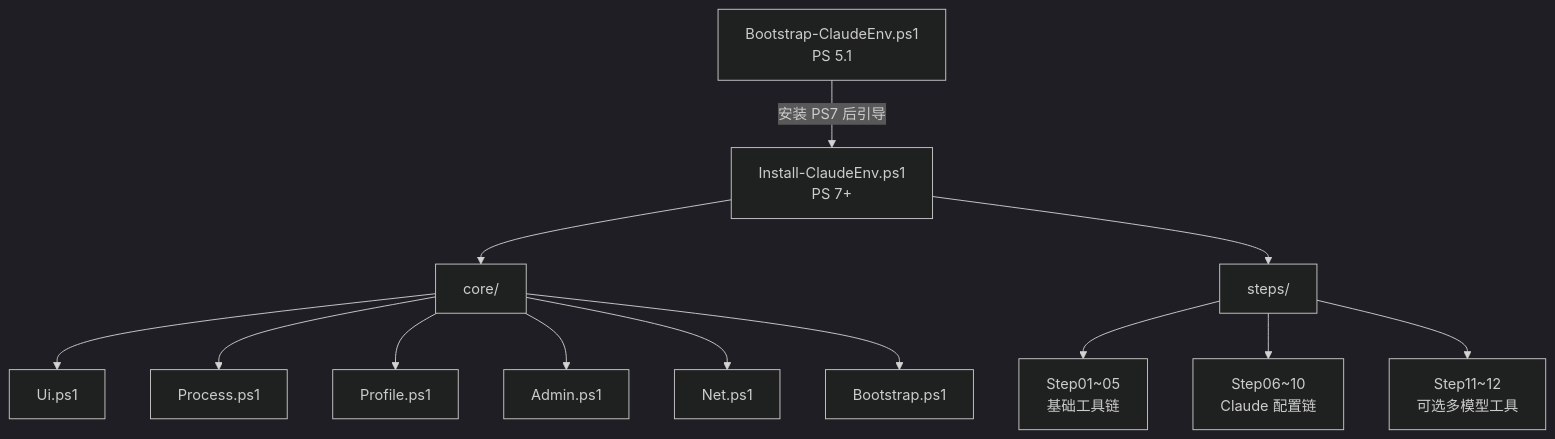
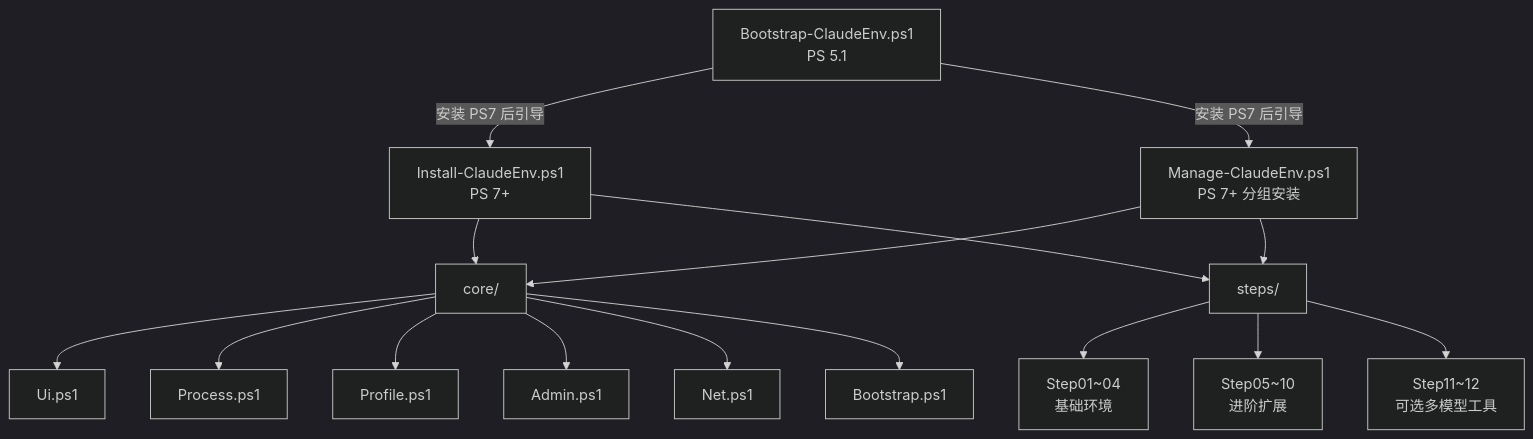
The diagram in CLAUDE.md (hkxiaoyao/claude-code-quickstart), drawn with Mermaid (dark theme) before and after one commit. The commit also changed other lines of this file and 14 other files, not shown here.

First line of the commit message:
feat(installer): 新增分组安装入口 Manage-ClaudeEnv.ps1

````diff
--- a/CLAUDE.md
+++ b/CLAUDE.md
@@ -24,11 +25,14 @@
 ```mermaid
 graph TD
     A[Bootstrap-ClaudeEnv.ps1<br/>PS 5.1] -->|安装 PS7 后引导| B[Install-ClaudeEnv.ps1<br/>PS 7+]
+    A -->|安装 PS7 后引导| M[Manage-ClaudeEnv.ps1<br/>PS 7+ 分组安装]
     B --> C[core/]
     B --> D[steps/]
+    M --> C
+    M --> D
     C --> C1[Ui.ps1] & C2[Process.ps1] & C3[Profile.ps1]
     C --> C4[Admin.ps1] & C5[Net.ps1] & C6[Bootstrap.ps1]
-    D --> D1[Step01~05<br/>基础工具链]
-    D --> D2[Step06~10<br/>Claude 配置链]
+    D --> D1[Step01~04<br/>基础环境]
+    D --> D2[Step05~10<br/>进阶扩展]
     D --> D3[Step11~12<br/>可选多模型工具]
 ```
````
